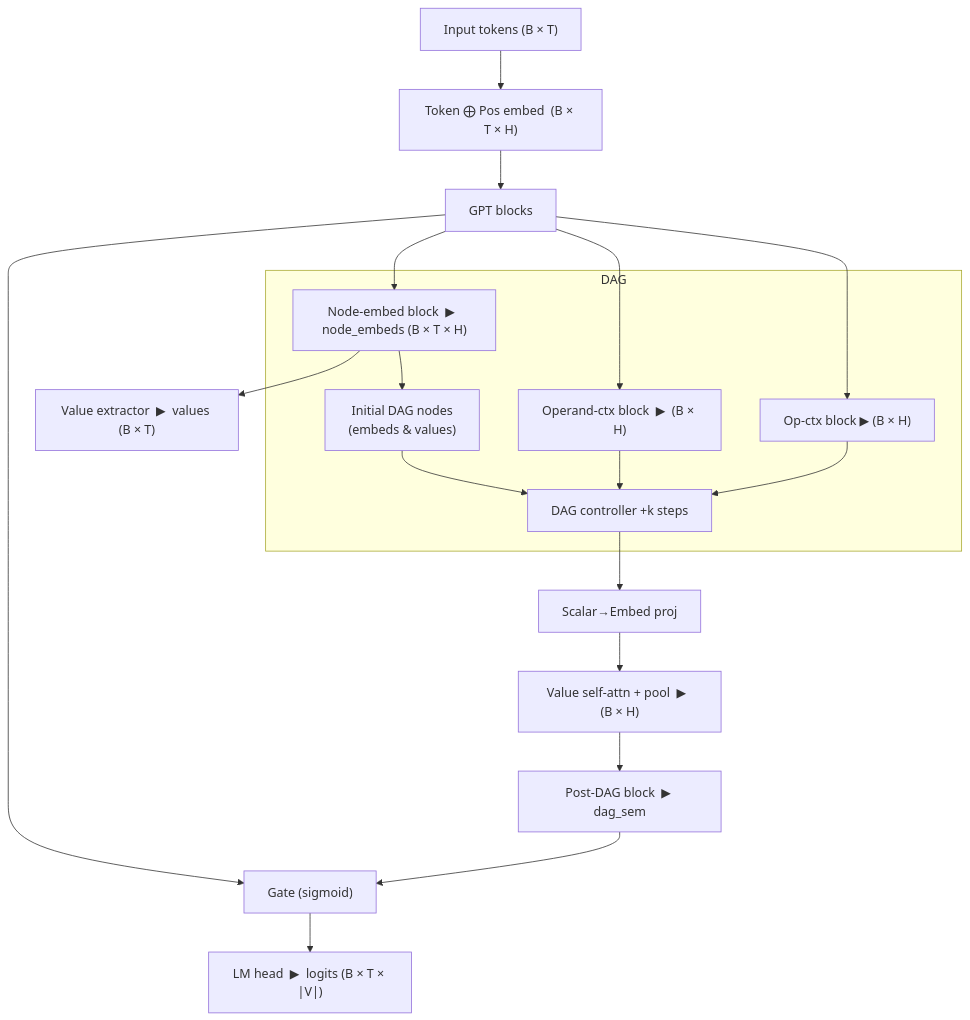
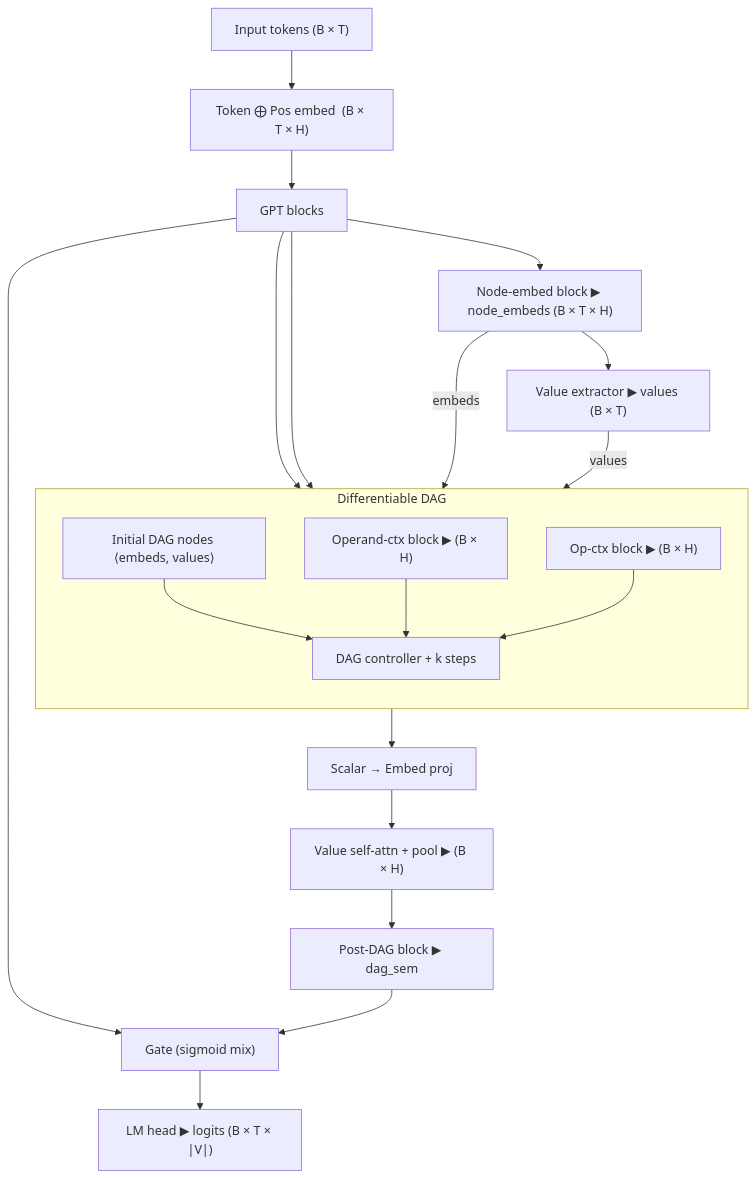
Before and after one commit to marict/nanoGPT-llm-extraction: the diagram in README.md, drawn with Mermaid.

Commit message:
``` Enhance README with Updated Flowchart Diagram
- Modified the flowchart structure for better clarity, including:
  - Added comments for branches that prepare DAG inputs and operand/operator contexts.
  - Renamed DAG to "Differentiable DAG" and set the direction to top-bottom for improved readability.
  - Updated labels for clearer representation: "Initial DAG nodes ⟨embeds, values⟩".
  - Added annotations for embedding and value connections to the DAG input.
- Enhanced clarity in post-DAG aggregation steps by updating terminologies and annotations.
- Revised descriptions to emphasize fusion processes with the transformer stream.
```

````diff
--- a/README.md
+++ b/README.md
@@ -39,24 +39,35 @@
 ```mermaid
 flowchart TD
     A["Input tokens  (B × T)"] --> B["Token ⨁ Pos embed  (B × T × H)"]
     B --> C["GPT blocks"]
-    C --> D["Node-embed block  ▶  node_embeds (B × T × H)"]
-    D --> E["Value extractor  ▶  values (B × T)"]
-    C --> F["Operand-ctx block  ▶  (B × H)"]
-    C --> G["Op-ctx block       ▶  (B × H)"]
 
-    subgraph DAG
-        D --> H["Initial DAG nodes<br>(embeds & values)"]
-        H --> I["DAG controller +k steps"]
+    %% branches that prepare DAG inputs
+    C --> D["Node-embed block ▶ node_embeds (B × T × H)"]
+    D --> E["Value extractor ▶ values (B × T)"]
+
+    %% operand / operator contexts
+    C --> F["Operand-ctx block ▶ (B × H)"]
+    C --> G["Op-ctx block ▶ (B × H)"]
+
+    %% DAG
+    subgraph Differentiable DAG
+        direction TB
+        H["Initial DAG nodes ⟨embeds, values⟩"] --> I["DAG controller + k steps"]
         F --> I
         G --> I
     end
 
-    I --> J["Scalar→Embed proj"]
-    J --> K["Value self-attn + pool  ▶  (B × H)"]
-    K --> L["Post-DAG block  ▶ dag_sem"]
+    %% connect embeddings and values to DAG input
+    D -->|embeds| H
+    E -->|values| H
 
-    C --> M["Gate (sigmoid)"]
+    %% post-DAG aggregation
+    I --> J["Scalar → Embed proj"]
+    J --> K["Value self-attn + pool ▶ (B × H)"]
+    K --> L["Post-DAG block ▶ dag_sem"]
+
+    %% fuse with transformer stream
+    C --> M["Gate (sigmoid mix)"]
     L --> M
-    M --> N["LM head  ▶  logits (B × T × |V|)"]
+    M --> N["LM head ▶ logits (B × T × |V|)"]
 ```
````
